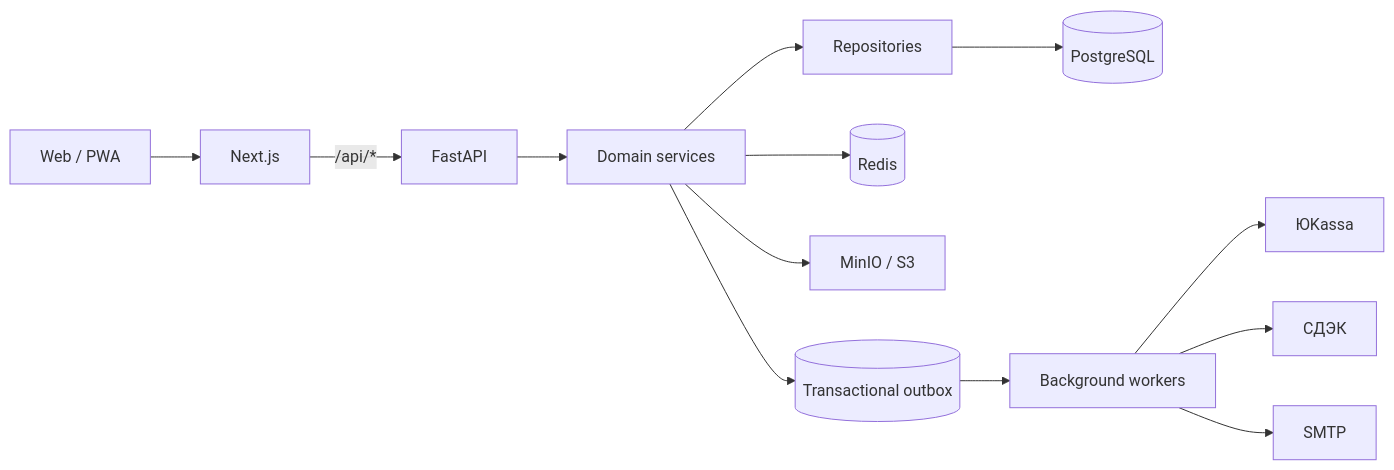
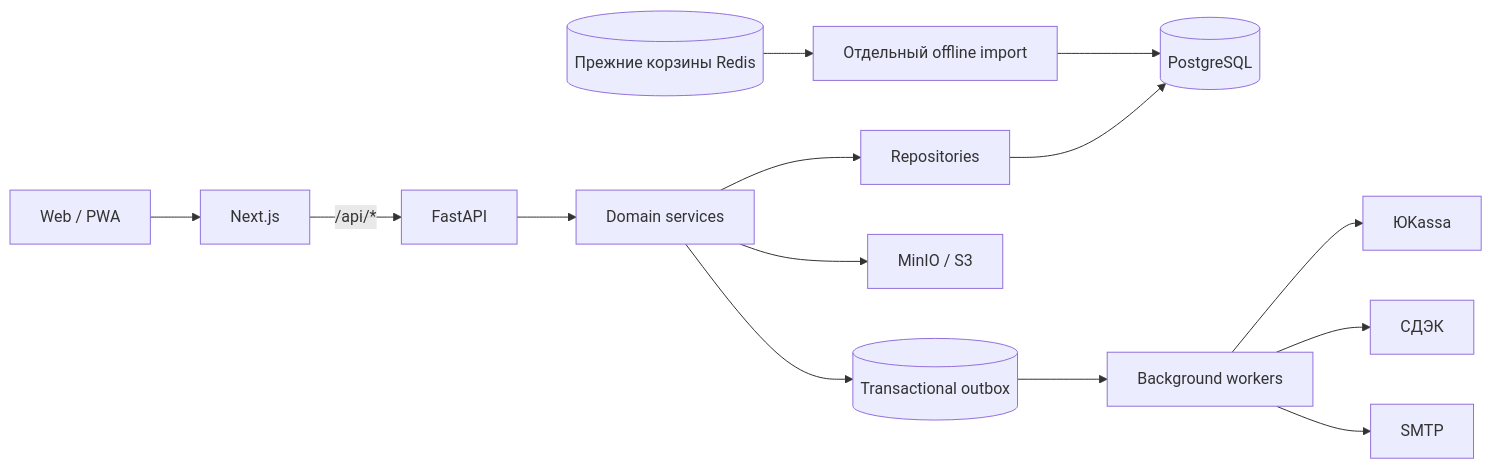
One commit to Garment-Buro/garment-buro changed the diagram in README.md. Above: the diagram before and after it, drawn with Mermaid. The commit also changed other lines of this file and 1181 other files, not shown here.

````diff
--- a/README.md
+++ b/README.md
@@ -47,15 +47,16 @@
 ```mermaid
 flowchart LR
     U["Web / PWA"] --> N["Next.js"]
     N -->|"/api/*"| F["FastAPI"]
     F --> S["Domain services"]
     S --> R["Repositories"]
     R --> P[("PostgreSQL")]
-    S --> C[("Redis")]
+    C[("Прежние корзины Redis")] --> I["Отдельный offline import"]
+    I --> P
     S --> M["MinIO / S3"]
     S --> O[("Transactional outbox")]
     O --> W["Background workers"]
     W --> Y["ЮKassa"]
     W --> D["СДЭК"]
     W --> E["SMTP"]
 ```
````
